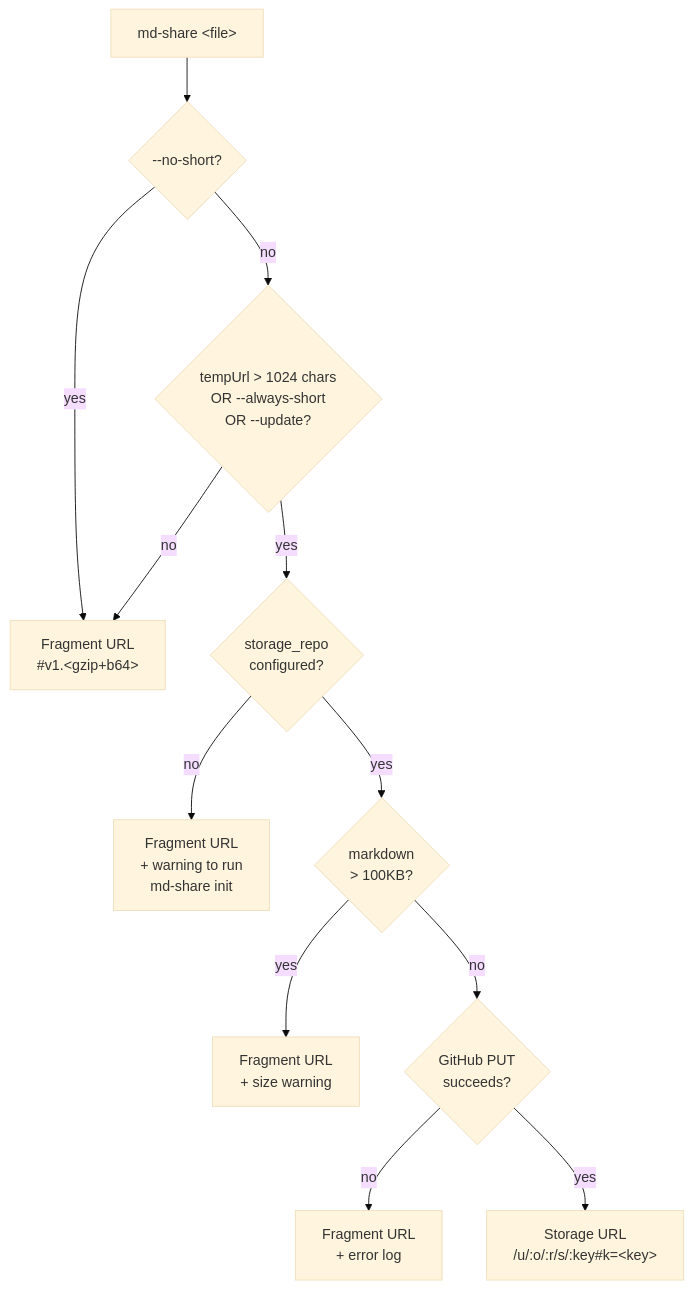
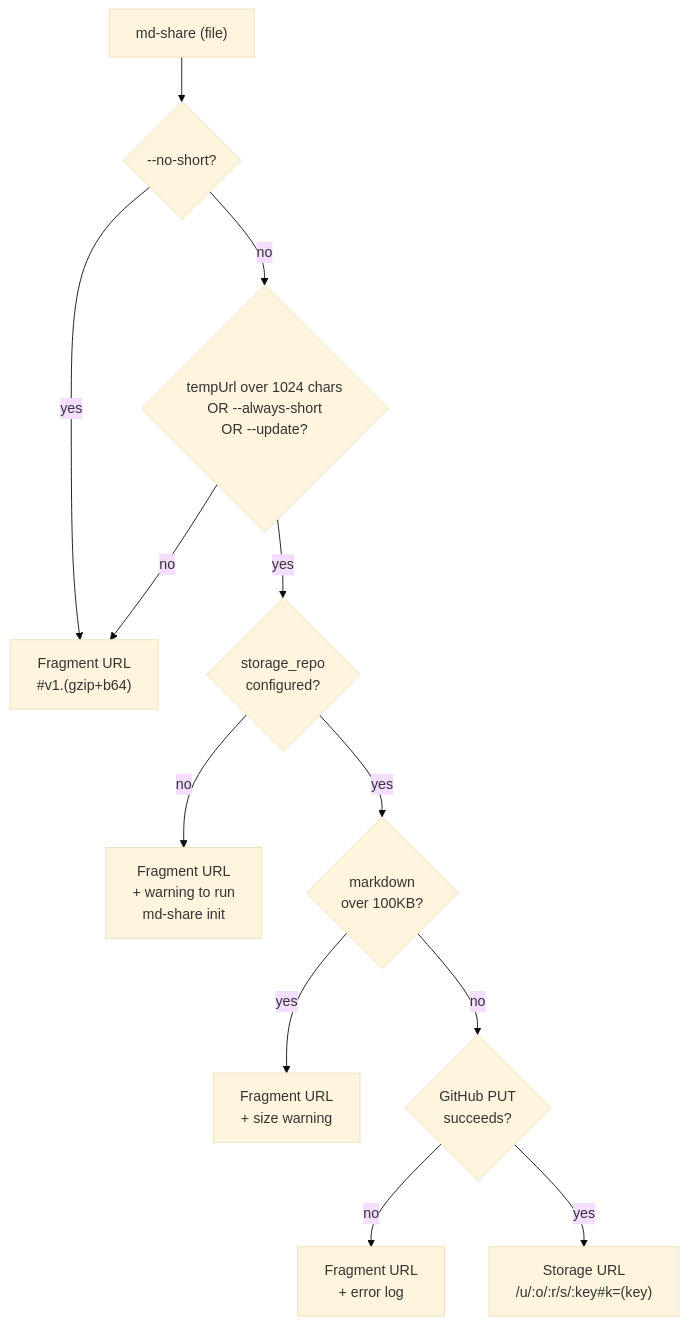
Before and after one commit to alankyshum/md-share: the fourth of 5 diagrams in README.md, drawn with Mermaid (base theme). The commit also changed other lines of this file, not shown here.

````diff
--- a/README.md
+++ b/README.md
@@ -260,14 +260,14 @@
 ```mermaid
 flowchart TD
-    A[md-share &lt;file&gt;] --> B{--no-short?}
-    B -- yes --> F[Fragment URL<br/>#v1.&lt;gzip+b64&gt;]
-    B -- no --> C{tempUrl &gt; 1024 chars<br/>OR --always-short<br/>OR --update?}
+    A["md-share (file)"] --> B{--no-short?}
+    B -- yes --> F["Fragment URL<br/>#v1.(gzip+b64)"]
+    B -- no --> C{"tempUrl over 1024 chars<br/>OR --always-short<br/>OR --update?"}
     C -- no --> F
     C -- yes --> D{storage_repo<br/>configured?}
     D -- no --> F1[Fragment URL<br/>+ warning to run<br/>md-share init]
-    D -- yes --> E{markdown<br/>&gt; 100KB?}
+    D -- yes --> E{"markdown<br/>over 100KB?"}
     E -- yes --> F2[Fragment URL<br/>+ size warning]
     E -- no --> G{GitHub PUT<br/>succeeds?}
     G -- no --> F3[Fragment URL<br/>+ error log]
-    G -- yes --> H[Storage URL<br/>/u/:o/:r/s/:key#k=&lt;key&gt;]
+    G -- yes --> H["Storage URL<br/>/u/:o/:r/s/:key#k=(key)"]
 ```
````
